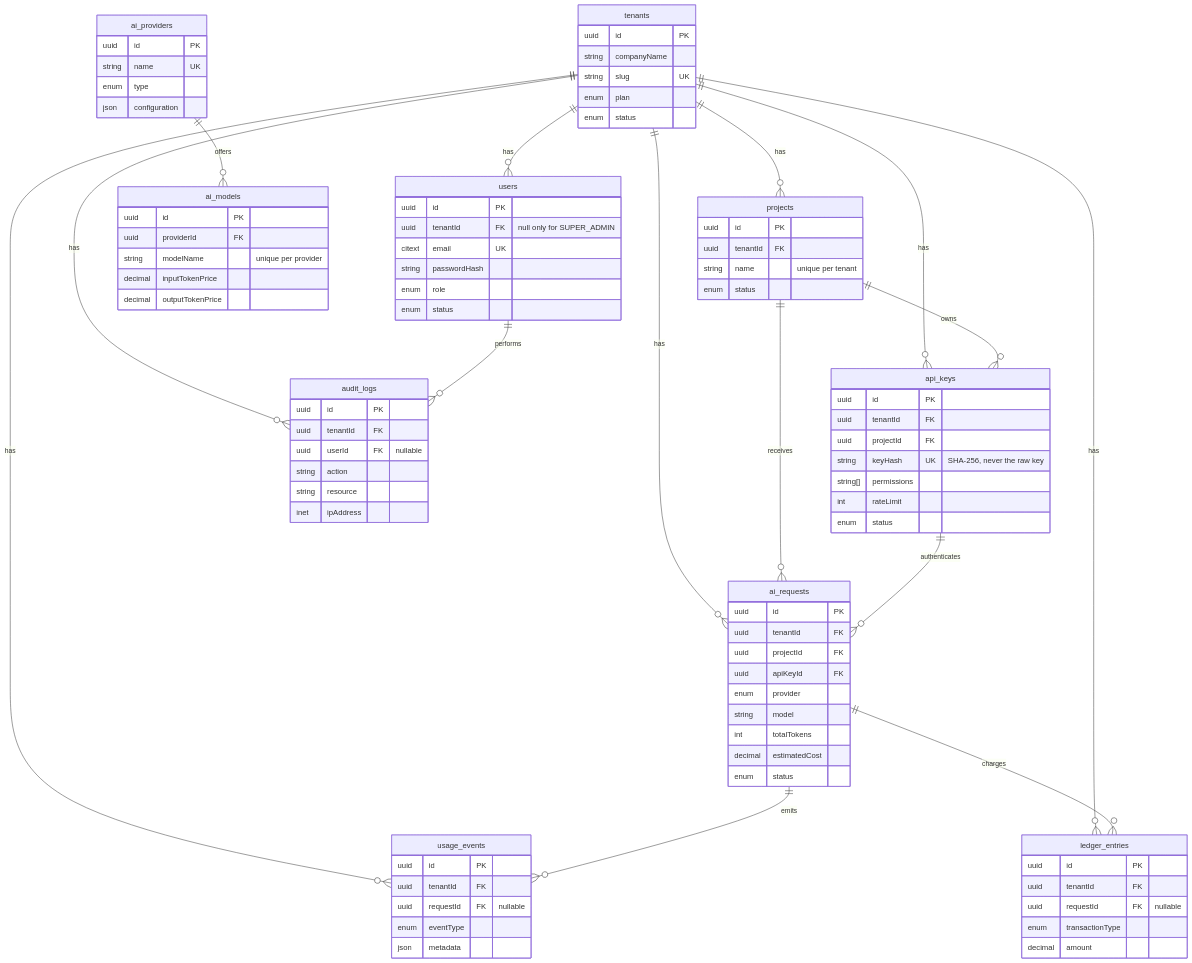
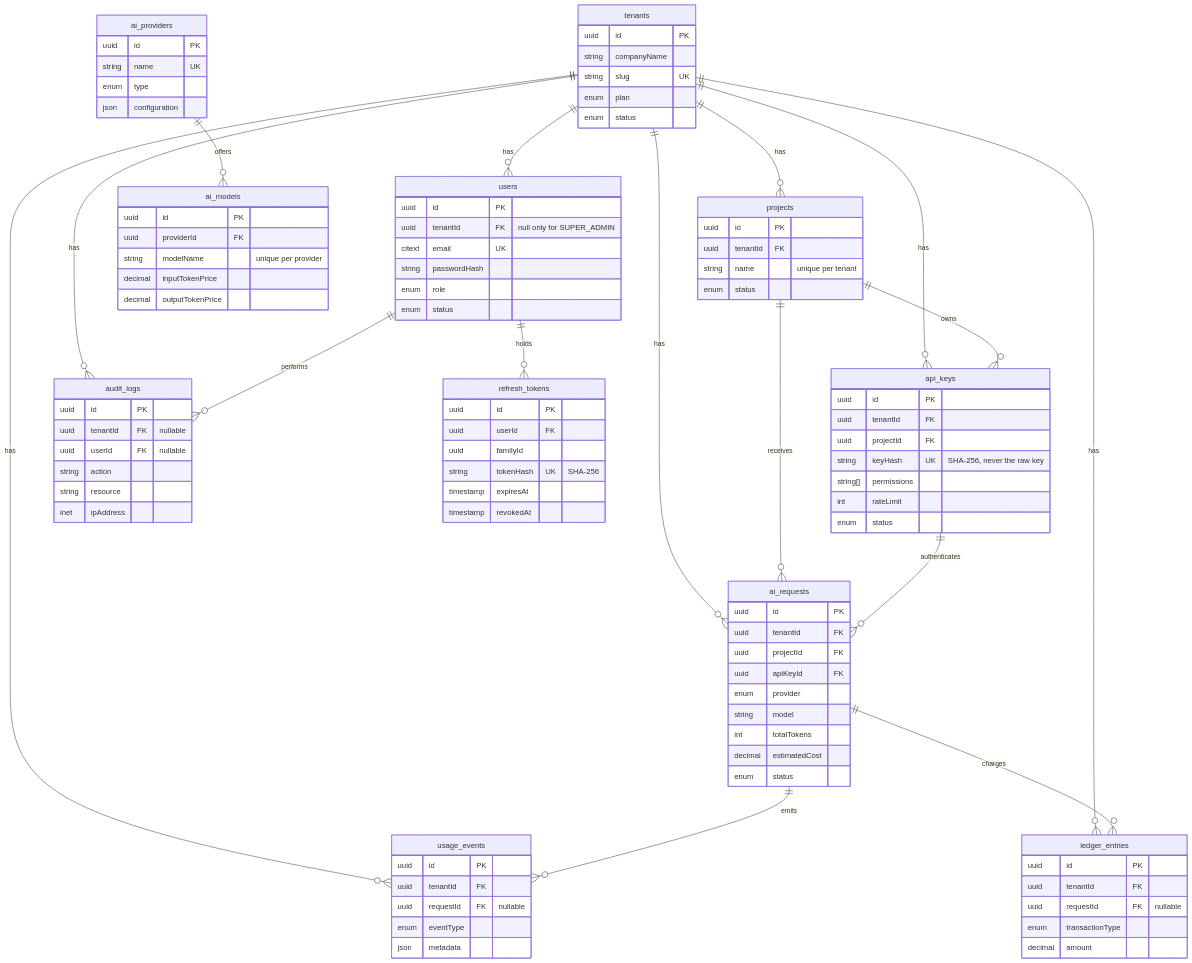
One commit to shahariarshawon/tollbooth-ai changed the diagram in docs/database/database-design.md. Above: the diagram before and after it, drawn with Mermaid. The commit also changed other lines of this file and 77 other files, not shown here.

```diff
--- a/docs/database/database-design.md
+++ b/docs/database/database-design.md
@@ -91,12 +92,21 @@
     }
     audit_logs {
         uuid id PK
-        uuid tenantId FK
+        uuid tenantId FK "nullable"
         uuid userId FK "nullable"
         string action
         string resource
         inet ipAddress
     }
+    refresh_tokens {
+        uuid id PK
+        uuid userId FK
+        uuid familyId
+        string tokenHash UK "SHA-256"
+        timestamp expiresAt
+        timestamp revokedAt
+    }
+    users ||--o{ refresh_tokens : "holds"
     ai_providers {
         uuid id PK
         string name UK
```
